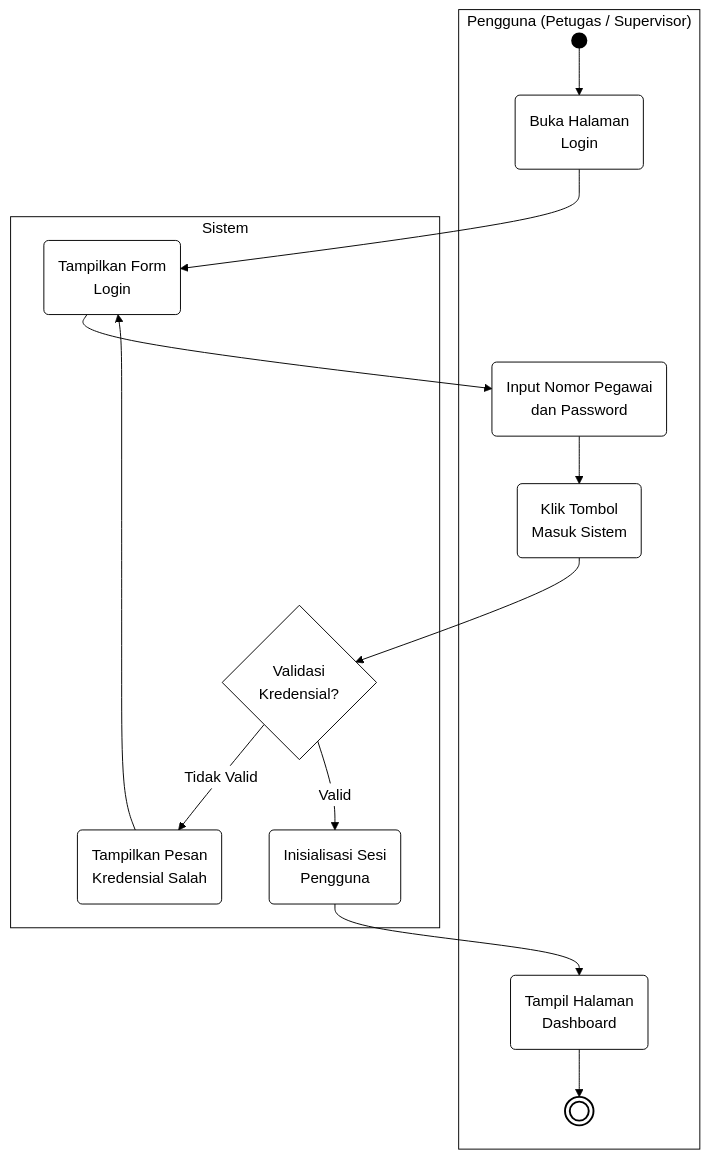
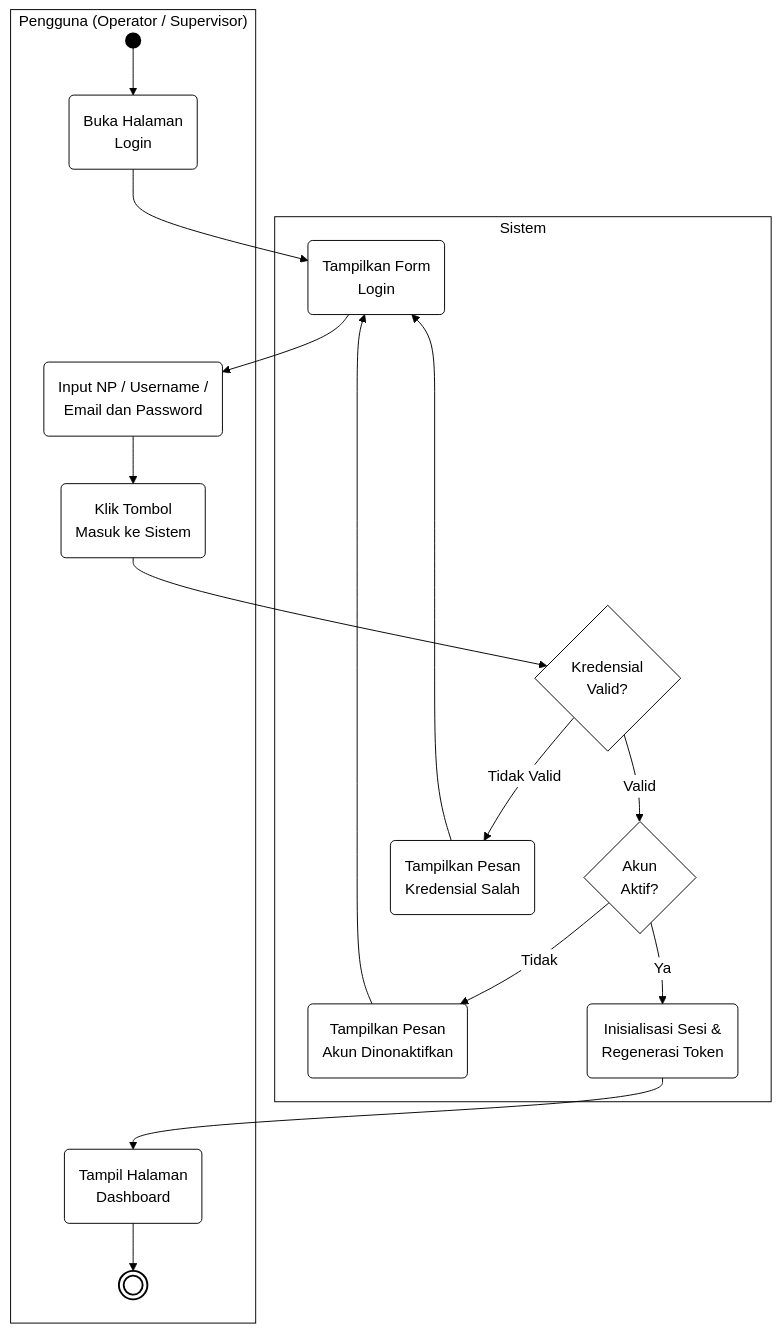
Before and after one commit to ZulfikarHD/scan-produksi: the fourth of 11 diagrams in docs/BAB_III_Draft.md, drawn with Mermaid. The commit also changed other lines of this file, not shown here.

First line of the commit message:
feat(docs): update functional requirements and use case diagrams for operators and supervisors

````diff
--- a/docs/BAB_III_Draft.md
+++ b/docs/BAB_III_Draft.md
@@ -381,33 +407,38 @@
 ```mermaid
 %%{init: {'theme': 'base', 'themeVariables': { 'primaryColor': '#ffffff', 'primaryBorderColor': '#000000', 'primaryTextColor': '#000000', 'lineColor': '#000000', 'textColor': '#000000', 'clusterBkg': '#ffffff', 'clusterBorder': '#000000', 'edgeLabelBackground':'#ffffff' }}}%%
 flowchart TD
-    subgraph Pengguna ["Pengguna (Petugas / Supervisor)"]
+    subgraph Pengguna ["Pengguna (Operator / Supervisor)"]
         P_Start(( ))
         P_Buka(Buka Halaman<br/>Login)
-        P_Input(Input Nomor Pegawai<br/>dan Password)
-        P_Kirim(Klik Tombol<br/>Masuk Sistem)
+        P_Input(Input NP / Username /<br/>Email dan Password)
+        P_Kirim(Klik Tombol<br/>Masuk ke Sistem)
         P_Dash(Tampil Halaman<br/>Dashboard)
         P_End((( )))
     end
 
     subgraph Sistem ["Sistem"]
         S_Form(Tampilkan Form<br/>Login)
-        S_Val{Validasi<br/>Kredensial?}
+        S_Val{Kredensial<br/>Valid?}
+        S_Aktif{Akun<br/>Aktif?}
         S_Err(Tampilkan Pesan<br/>Kredensial Salah)
-        S_Auth(Inisialisasi Sesi<br/>Pengguna)
+        S_NonAktif(Tampilkan Pesan<br/>Akun Dinonaktifkan)
+        S_Auth(Inisialisasi Sesi &<br/>Regenerasi Token)
     end
 
     P_Start --> P_Buka
     P_Buka --> S_Form
     S_Form --> P_Input
     P_Input --> P_Kirim
     P_Kirim --> S_Val
     S_Val -- Tidak Valid --> S_Err
     S_Err --> S_Form
-    S_Val -- Valid --> S_Auth
+    S_Val -- Valid --> S_Aktif
+    S_Aktif -- Tidak --> S_NonAktif
+    S_NonAktif --> S_Form
+    S_Aktif -- Ya --> S_Auth
     S_Auth --> P_Dash
     P_Dash --> P_End
 
     style P_Start fill:#000000,stroke:#000000,stroke-width:2px;
     style P_End fill:#ffffff,stroke:#000000,stroke-width:2px;
 ```
````
